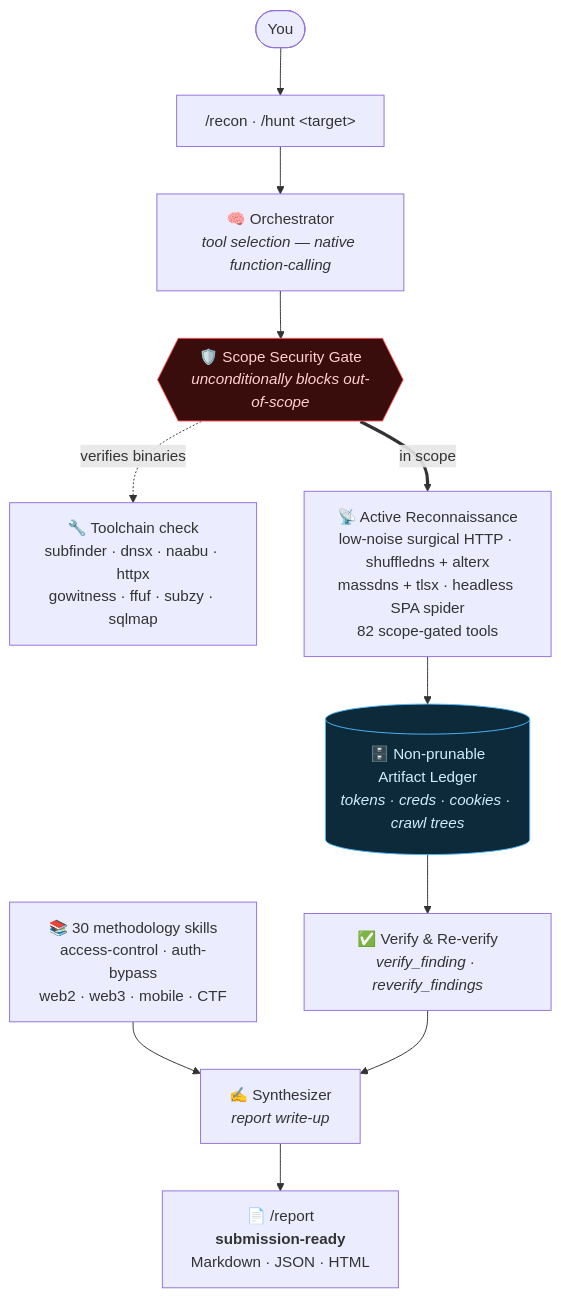
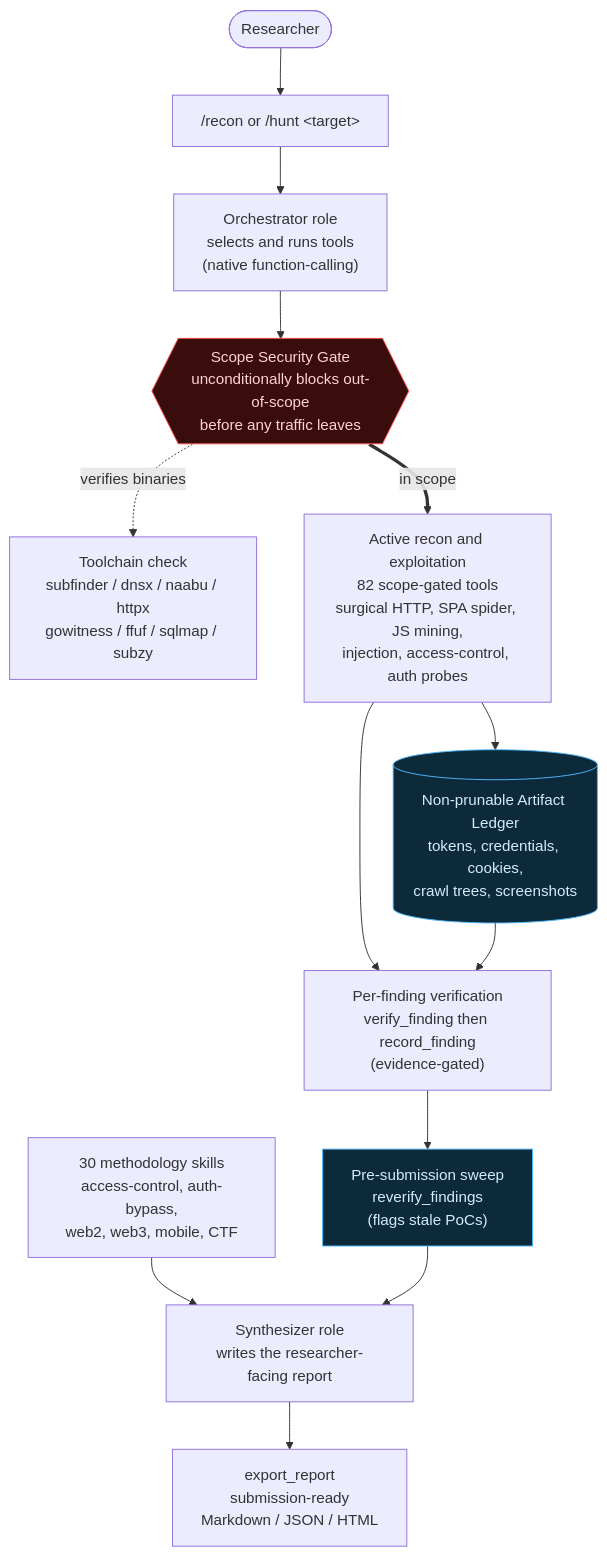
The diagram in README.md (project-hellhound-org/bounty-hunter), drawn with Mermaid before and after one commit.

Commit message:
docs(readme): emoji-free Mermaid architecture diagram, verified against the code (82 tools, 30 skills, scope gate, verify/reverify, synthesizer report)

````diff
--- a/README.md
+++ b/README.md
@@ -66,18 +66,20 @@
 ```mermaid
 flowchart TD
-    U(["You"]) --> CMD["/recon · /hunt &lt;target&gt;"]
-    CMD --> ORC["🧠 Orchestrator<br/><i>tool selection — native function-calling</i>"]
-    ORC --> GATE{{"🛡️ Scope Security Gate<br/><i>unconditionally blocks out-of-scope</i>"}}
-    GATE -. verifies binaries .-> TOOLS["🔧 Toolchain check<br/>subfinder · dnsx · naabu · httpx<br/>gowitness · ffuf · subzy · sqlmap"]
-    GATE == in scope ==> RECON["📡 Active Reconnaissance<br/>low-noise surgical HTTP · shuffledns + alterx<br/>massdns + tlsx · headless SPA spider<br/>82 scope-gated tools"]
-    RECON --> LEDGER[("🗄️ Non-prunable<br/>Artifact Ledger<br/><i>tokens · creds · cookies · crawl trees</i>")]
-    LEDGER --> VERIFY["✅ Verify &amp; Re-verify<br/><i>verify_finding · reverify_findings</i>"]
-    SKILLS["📚 30 methodology skills<br/>access-control · auth-bypass<br/>web2 · web3 · mobile · CTF"] --> SYN
-    VERIFY --> SYN["✍️ Synthesizer<br/><i>report write-up</i>"]
-    SYN --> REP["📄 /report<br/><b>submission-ready</b><br/>Markdown · JSON · HTML"]
+    U(["Researcher"]) --> CMD["/recon or /hunt &lt;target&gt;"]
+    CMD --> ORC["Orchestrator role<br/>selects and runs tools<br/>(native function-calling)"]
+    ORC --> GATE{{"Scope Security Gate<br/>unconditionally blocks out-of-scope<br/>before any traffic leaves"}}
+    GATE -. verifies binaries .-> TOOLS["Toolchain check<br/>subfinder / dnsx / naabu / httpx<br/>gowitness / ffuf / sqlmap / subzy"]
+    GATE == in scope ==> RECON["Active recon and exploitation<br/>82 scope-gated tools<br/>surgical HTTP, SPA spider, JS mining,<br/>injection, access-control, auth probes"]
+    RECON --> LEDGER[("Non-prunable Artifact Ledger<br/>tokens, credentials, cookies,<br/>crawl trees, screenshots")]
+    RECON --> VERIFY["Per-finding verification<br/>verify_finding then record_finding<br/>(evidence-gated)"]
+    LEDGER --> VERIFY
+    VERIFY --> REVERIFY["Pre-submission sweep<br/>reverify_findings<br/>(flags stale PoCs)"]
+    SKILLS["30 methodology skills<br/>access-control, auth-bypass,<br/>web2, web3, mobile, CTF"] --> SYN
+    REVERIFY --> SYN["Synthesizer role<br/>writes the researcher-facing report"]
+    SYN --> REP["export_report<br/>submission-ready<br/>Markdown / JSON / HTML"]
 
     classDef gate fill:#3a0d0d,stroke:#ff4d4d,color:#ffd1d1;
     classDef store fill:#0d2a3a,stroke:#4db8ff,color:#d1ecff;
     class GATE gate;
-    class LEDGER store;
+    class LEDGER,REVERIFY store;
 ```
````
